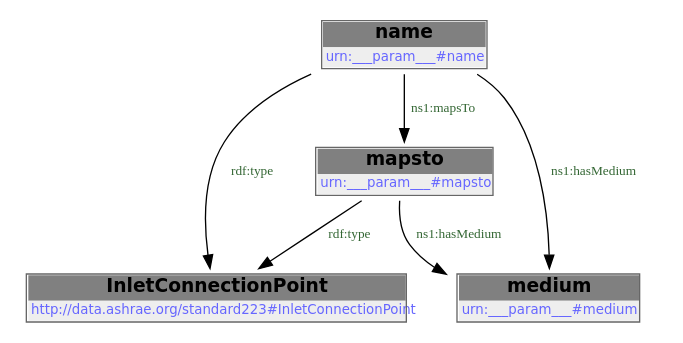
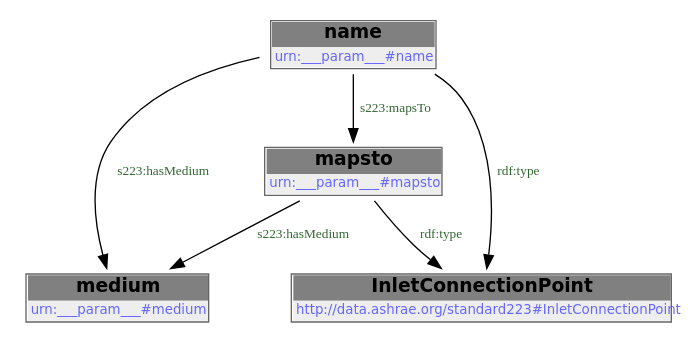
Before and after one commit to DataDrivenCPS/water-ontology: the diagram in docs/libraries/templates/inlet-cp.rst, drawn with Graphviz. The commit also changed other lines of this file and 83 other files, not shown here.

```diff
--- a/docs/libraries/templates/inlet-cp.rst
+++ b/docs/libraries/templates/inlet-cp.rst
@@ -76,14 +55,18 @@
-        .. graphviz::
+.. graphviz::
 
-                digraph G {
-            node [fontname="DejaVu Sans"];
-            node0 -> node1 [color=BLACK, label=< <font point-size='10' color='#336633'>rdf:type</font> >];
-            node2 -> node1 [color=BLACK, label=< <font point-size='10' color='#336633'>rdf:type</font> >];
-            node2 -> node0 [color=BLACK, label=< <font point-size='10' color='#336633'>ns1:mapsTo</font> >];
-            node0 -> node3 [color=BLACK, label=< <font point-size='10' color='#336633'>ns1:hasMedium</font> >];
-            node2 -> node3 [color=BLACK, label=< <font point-size='10' color='#336633'>ns1:hasMedium</font> >];
-            node0 [shape=none, color=black, label=< <table color='#666666' cellborder='0' cellspacing='0' border='1'><tr><td colspan='2' bgcolor='grey'><B>mapsto</B></td></tr><tr><td href='urn:___param___#mapsto' bgcolor='#eeeeee' colspan='2'><font point-size='10' color='#6666ff'>urn:___param___#mapsto</font></td></tr></table> >];
-            node1 [shape=none, color=black, label=< <table color='#666666' cellborder='0' cellspacing='0' border='1'><tr><td colspan='2' bgcolor='grey'><B>InletConnectionPoint</B></td></tr><tr><td href='http://data.ashrae.org/standard223#InletConnectionPoint' bgcolor='#eeeeee' colspan='2'><font point-size='10' color='#6666ff'>http://data.ashrae.org/standard223#InletConnectionPoint</font></td></tr></table> >];
-            node2 [shape=none, color=black, label=< <table color='#666666' cellborder='0' cellspacing='0' border='1'><tr><td colspan='2' bgcolor='grey'><B>name</B></td></tr><tr><td href='urn:___param___#name' bgcolor='#eeeeee' colspan='2'><font point-size='10' color='#6666ff'>urn:___param___#name</font></td></tr></table> >];
-            node3 [shape=none, color=black, label=< <table color='#666666' cellborder='0' cellspacing='0' border='1'><tr><td colspan='2' bgcolor='grey'><B>medium</B></td></tr><tr><td href='urn:___param___#medium' bgcolor='#eeeeee' colspan='2'><font point-size='10' color='#6666ff'>urn:___param___#medium</font></td></tr></table> >];
-            }
+    digraph {
+     node [ fontname="DejaVu Sans" ] ;
+        node0 -> node1 [ color=BLACK, label=< <font point-size='10' color='#336633'>s223:hasMedium</font> > ] ;
+        node0 -> node2 [ color=BLACK, label=< <font point-size='10' color='#336633'>rdf:type</font> > ] ;
+        node3 -> node1 [ color=BLACK, label=< <font point-size='10' color='#336633'>s223:hasMedium</font> > ] ;
+        node3 -> node0 [ color=BLACK, label=< <font point-size='10' color='#336633'>s223:mapsTo</font> > ] ;
+        node3 -> node2 [ color=BLACK, label=< <font point-size='10' color='#336633'>rdf:type</font> > ] ;
+    # urn:___param___#mapsto node0
+    node0 [ shape=none, color=black label=< <table color='#666666' cellborder='0' cellspacing='0' border='1'><tr><td colspan='2' bgcolor='grey'><B>mapsto</B></td></tr><tr><td href='urn:___param___#mapsto' bgcolor='#eeeeee' colspan='2'><font point-size='10' color='#6666ff'>urn:___param___#mapsto</font></td></tr></table> > ]
+    # urn:___param___#medium node1
+    node1 [ shape=none, color=black label=< <table color='#666666' cellborder='0' cellspacing='0' border='1'><tr><td colspan='2' bgcolor='grey'><B>medium</B></td></tr><tr><td href='urn:___param___#medium' bgcolor='#eeeeee' colspan='2'><font point-size='10' color='#6666ff'>urn:___param___#medium</font></td></tr></table> > ]
+    # http://data.ashrae.org/standard223#InletConnectionPoint node2
+    node2 [ shape=none, color=black label=< <table color='#666666' cellborder='0' cellspacing='0' border='1'><tr><td colspan='2' bgcolor='grey'><B>InletConnectionPoint</B></td></tr><tr><td href='http://data.ashrae.org/standard223#InletConnectionPoint' bgcolor='#eeeeee' colspan='2'><font point-size='10' color='#6666ff'>http://data.ashrae.org/standard223#InletConnectionPoint</font></td></tr></table> > ]
+    # urn:___param___#name node3
+    node3 [ shape=none, color=black label=< <table color='#666666' cellborder='0' cellspacing='0' border='1'><tr><td colspan='2' bgcolor='grey'><B>name</B></td></tr><tr><td href='urn:___param___#name' bgcolor='#eeeeee' colspan='2'><font point-size='10' color='#6666ff'>urn:___param___#name</font></td></tr></table> > ]
+    }
```
